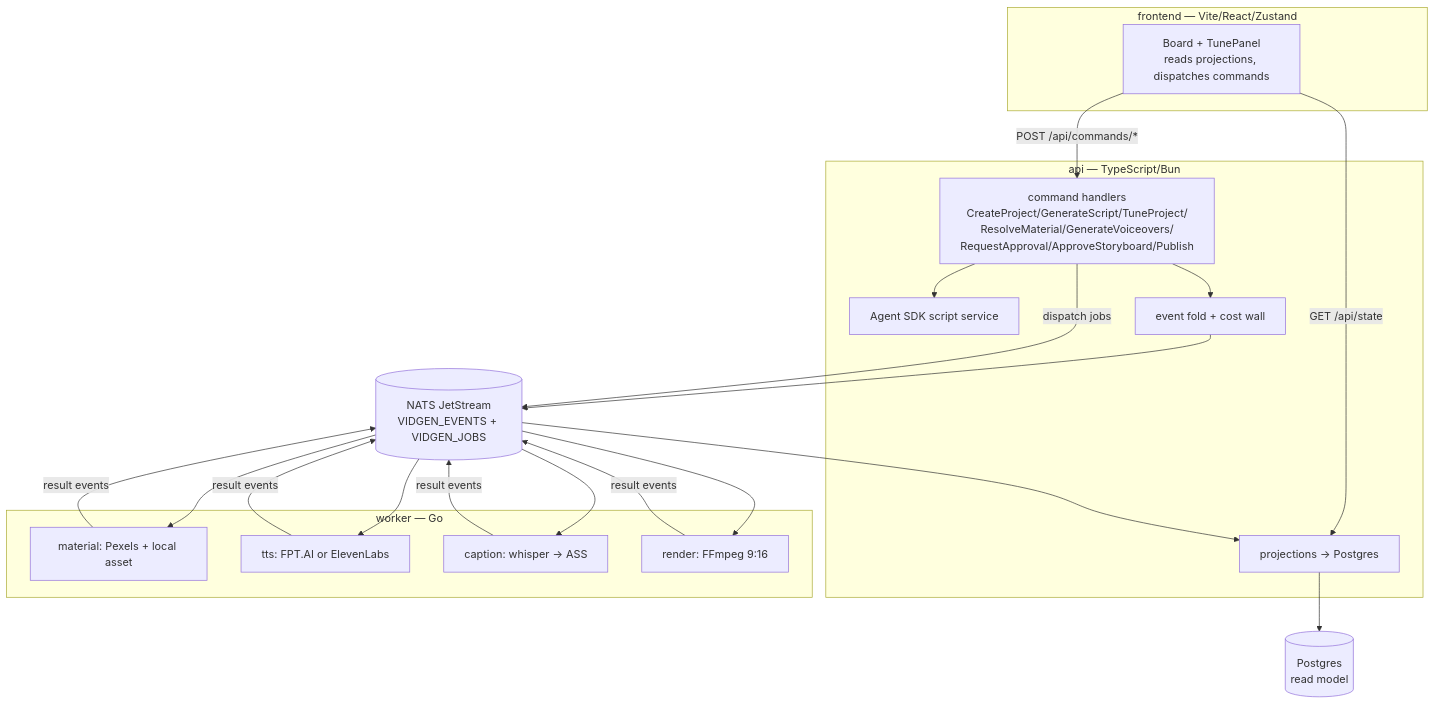
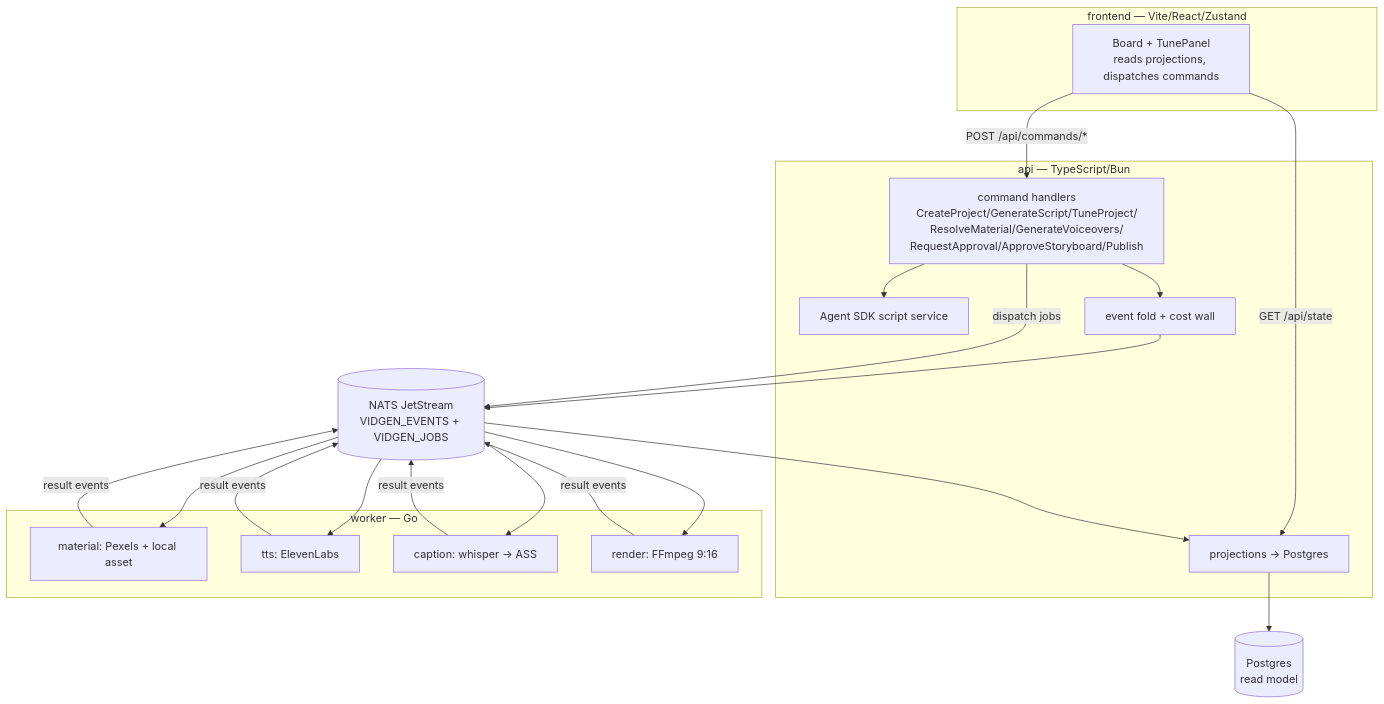
One commit to cuongtranba/video-generation-skill changed the diagram in README.md. Above: the diagram before and after it, drawn with Mermaid. The commit also changed other lines of this file and 66 other files, not shown here.

First line of the commit message:
feat: remove FPT.AI TTS provider; replace voice picker with ElevenLabs fixed label (#15)

````diff
--- a/README.md
+++ b/README.md
@@ -17,29 +17,29 @@
 ```mermaid
 flowchart TB
     subgraph fe[frontend — Vite/React/Zustand]
       UI[Board + TunePanel<br/>reads projections, dispatches commands]
     end
     subgraph api[api — TypeScript/Bun]
       CMD[command handlers<br/>CreateProject/GenerateScript/TuneProject/<br/>ResolveMaterial/GenerateVoiceovers/<br/>RequestApproval/ApproveStoryboard/Publish]
       SDK[Agent SDK script service]
       FOLD[event fold + cost wall]
       PROJ[projections -> Postgres]
     end
     subgraph worker[worker — Go]
       MAT[material: Pexels + local asset]
-      TTS[tts: FPT.AI or ElevenLabs]
+      TTS[tts: ElevenLabs]
       CAP[caption: whisper -> ASS]
       REN[render: FFmpeg 9:16]
     end
     NATS[(NATS JetStream<br/>VIDGEN_EVENTS + VIDGEN_JOBS)]
     PG[(Postgres<br/>read model)]
 
     UI -->|POST /api/commands/*| CMD
     UI -->|GET /api/state| PROJ
     CMD --> SDK
     CMD --> FOLD --> NATS
     CMD -->|dispatch jobs| NATS
     NATS --> MAT & TTS & CAP & REN
     MAT & TTS & CAP & REN -->|result events| NATS
     NATS --> PROJ --> PG
 ```
````
